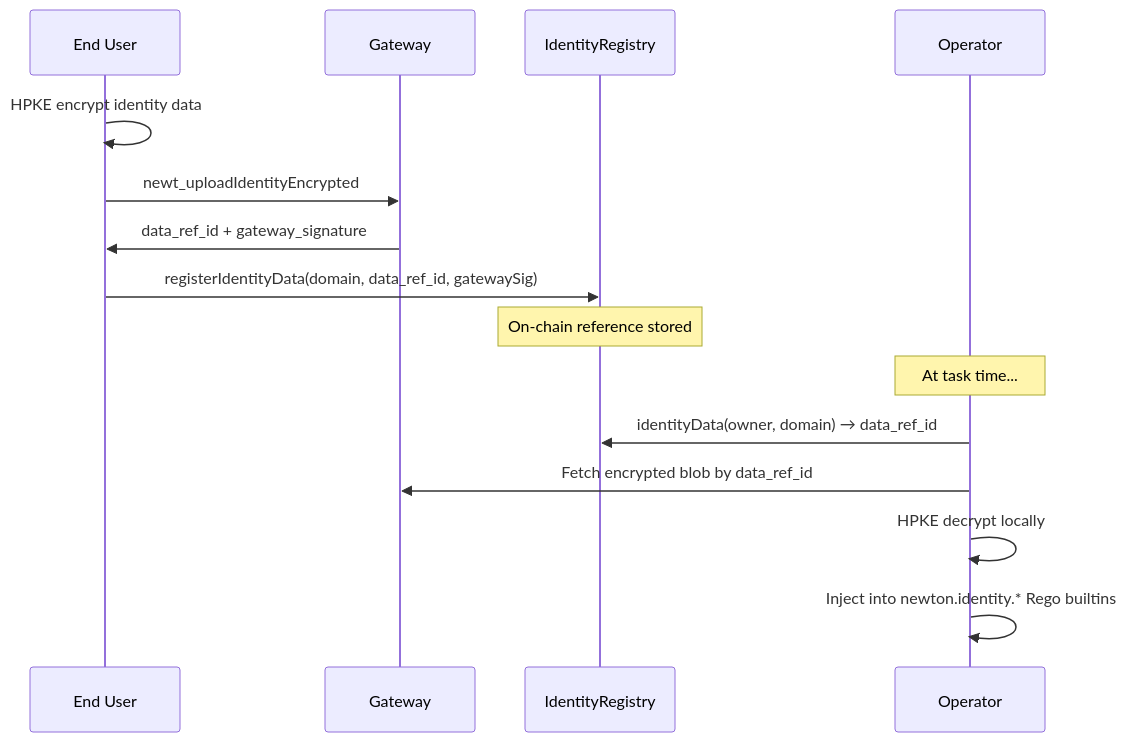
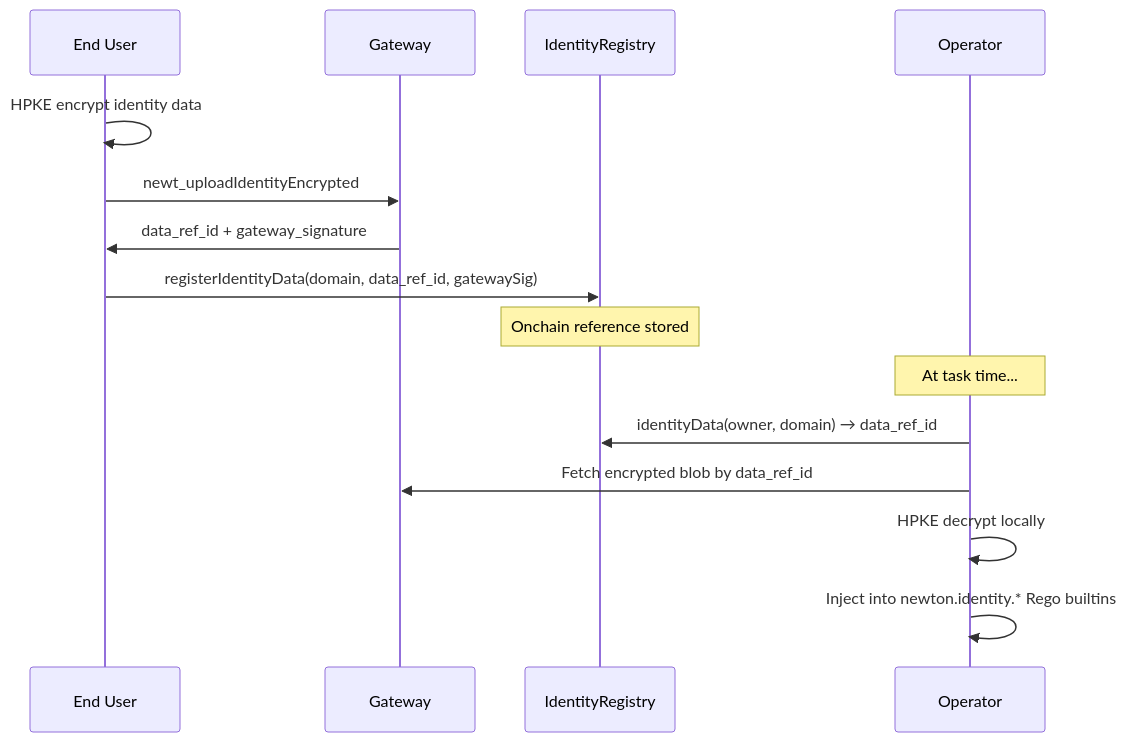
One commit to newt-foundation/newton-sdk changed the first of 2 diagrams in site/src/pages/developers/guides/privacy-flows.mdx. Above: the diagram before and after it, drawn with Mermaid. The commit also changed other lines of this file and 35 other files, not shown here.

````diff
--- a/site/src/pages/developers/guides/privacy-flows.mdx
+++ b/site/src/pages/developers/guides/privacy-flows.mdx
@@ -29,18 +29,18 @@
 ```mermaid
 sequenceDiagram
     participant U as End User
     participant G as Gateway
     participant C as IdentityRegistry
     participant O as Operator
 
     U->>U: HPKE encrypt identity data
     U->>G: newt_uploadIdentityEncrypted
     G->>U: data_ref_id + gateway_signature
     U->>C: registerIdentityData(domain, data_ref_id, gatewaySig)
-    Note over C: On-chain reference stored
+    Note over C: Onchain reference stored
     Note over O: At task time...
     O->>C: identityData(owner, domain) → data_ref_id
     O->>G: Fetch encrypted blob by data_ref_id
     O->>O: HPKE decrypt locally
     O->>O: Inject into newton.identity.* Rego builtins
 ```
````
